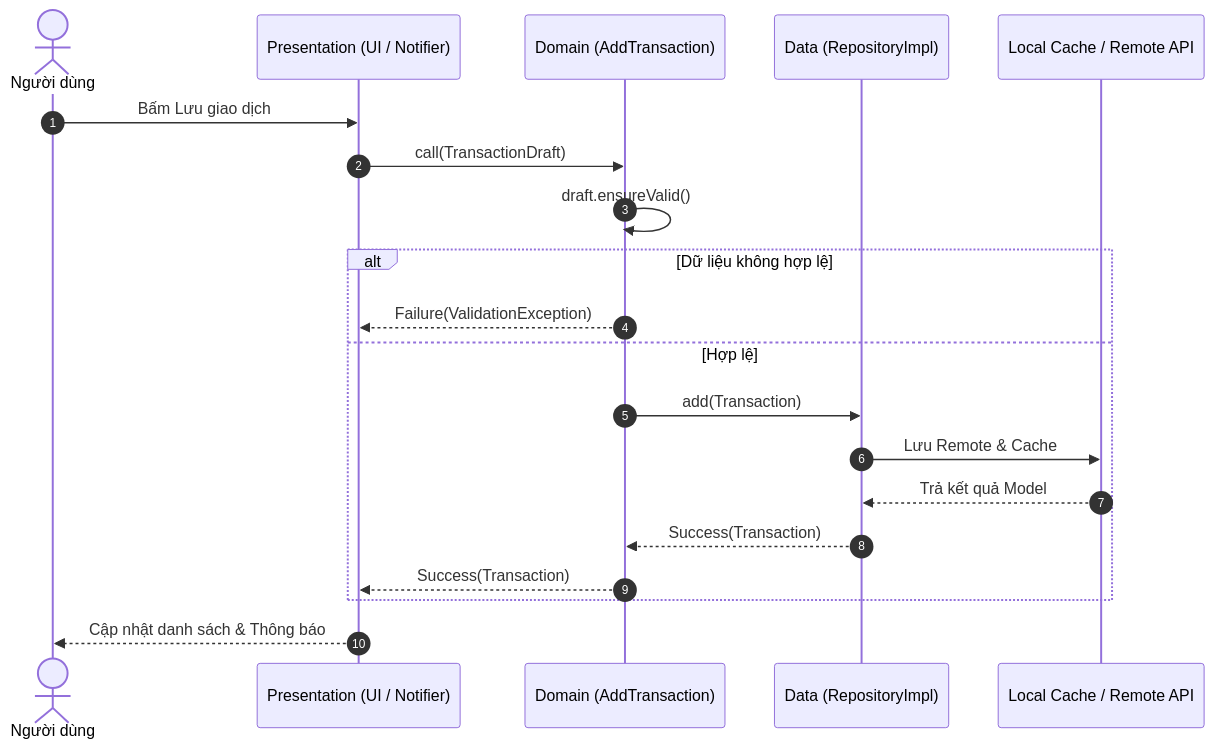
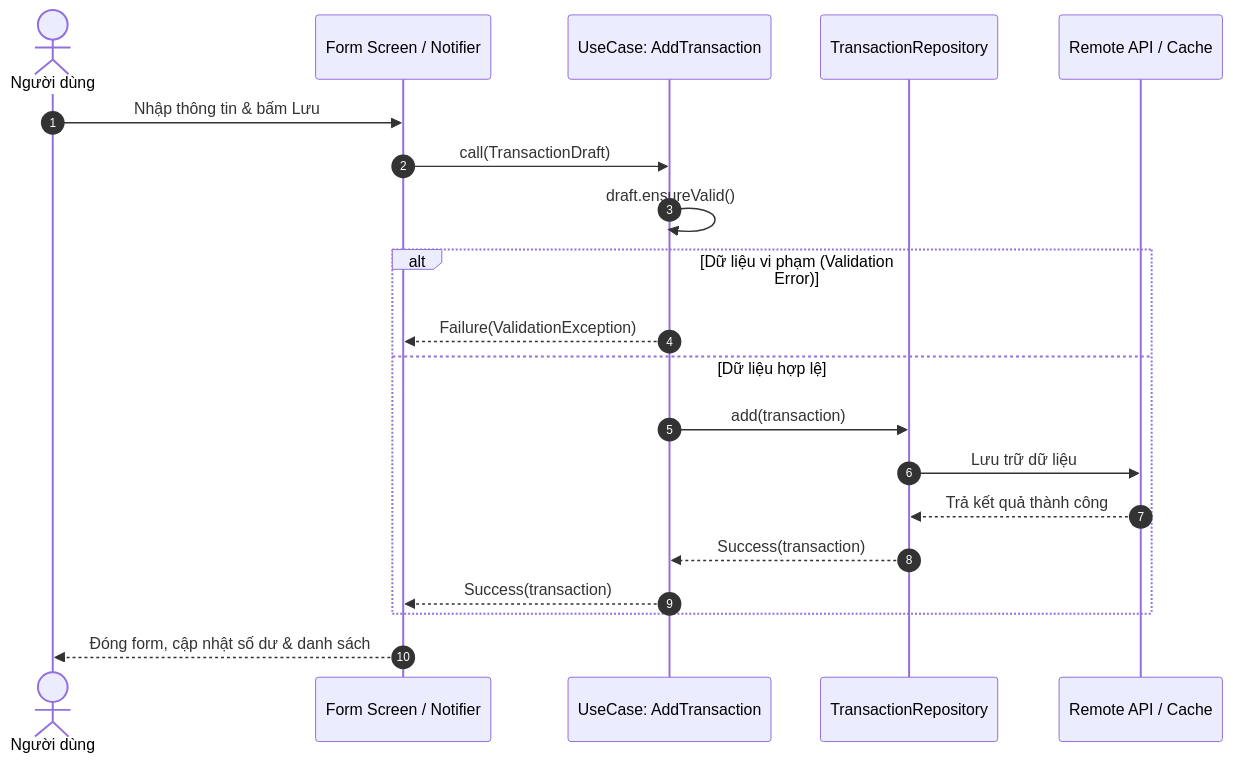
The second of 4 diagrams in docs/SLIDE_OUTLINE.md (hainguyen0412/lt_dnt_khoi1), drawn with Mermaid before and after one commit. The commit also changed other lines of this file and 2 other files, not shown here.

````diff
--- a/docs/SLIDE_OUTLINE.md
+++ b/docs/SLIDE_OUTLINE.md
@@ -83,23 +138,23 @@
 ```mermaid
 sequenceDiagram
     autonumber
     actor U as Người dùng
-    participant P as Presentation (UI / Notifier)
-    participant D as Domain (AddTransaction)
-    participant R as Data (RepositoryImpl)
-    participant S as Local Cache / Remote API
+    participant UI as Form Screen / Notifier
+    participant UC as UseCase: AddTransaction
+    participant RP as TransactionRepository
+    participant DB as Remote API / Cache
 
-    U->>P: Bấm Lưu giao dịch
-    P->>D: call(TransactionDraft)
-    D->>D: draft.ensureValid()
-    alt Dữ liệu không hợp lệ
-        D-->>P: Failure(ValidationException)
-    else Hợp lệ
-        D->>R: add(Transaction)
-        R->>S: Lưu Remote & Cache
-        S-->>R: Trả kết quả Model
-        R-->>D: Success(Transaction)
-        D-->>P: Success(Transaction)
+    U->>UI: Nhập thông tin & bấm Lưu
+    UI->>UC: call(TransactionDraft)
+    UC->>UC: draft.ensureValid()
+    alt Dữ liệu vi phạm (Validation Error)
+        UC-->>UI: Failure(ValidationException)
+    else Dữ liệu hợp lệ
+        UC->>RP: add(transaction)
+        RP->>DB: Lưu trữ dữ liệu
+        DB-->>RP: Trả kết quả thành công
+        RP-->>UC: Success(transaction)
+        UC-->>UI: Success(transaction)
     end
-    P-->>U: Cập nhật danh sách & Thông báo
+    UI-->>U: Đóng form, cập nhật số dư & danh sách
 ```
````
